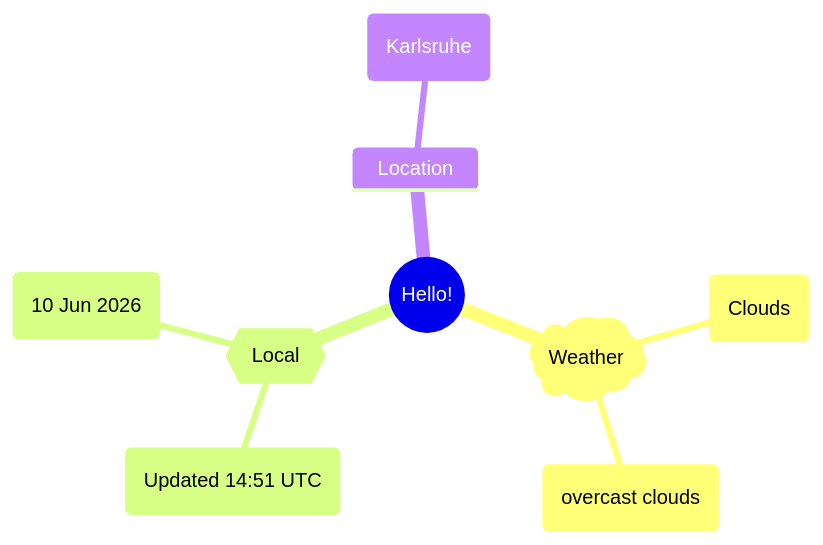
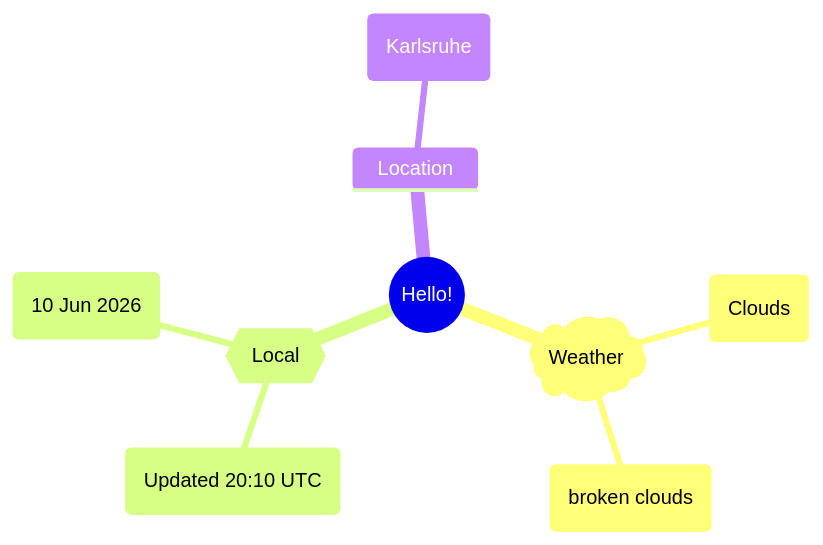
One commit to Xosrov/Xosrov changed the first of 2 diagrams in README.md. Above: the diagram before and after it, drawn with Mermaid.

Commit message:
[bot] updated images

````diff
--- a/README.md
+++ b/README.md
@@ -3,12 +3,12 @@
 ```mermaid
 mindmap
   root((Hello!))
     )Weather(
         (Clouds)
-        (overcast clouds)
+        (broken clouds)
     {{Local}}
-        (Updated 14:51 UTC)
+        (Updated 20:10 UTC)
         (10 Jun 2026)
     Location
         (Karlsruhe)
 ```
````
